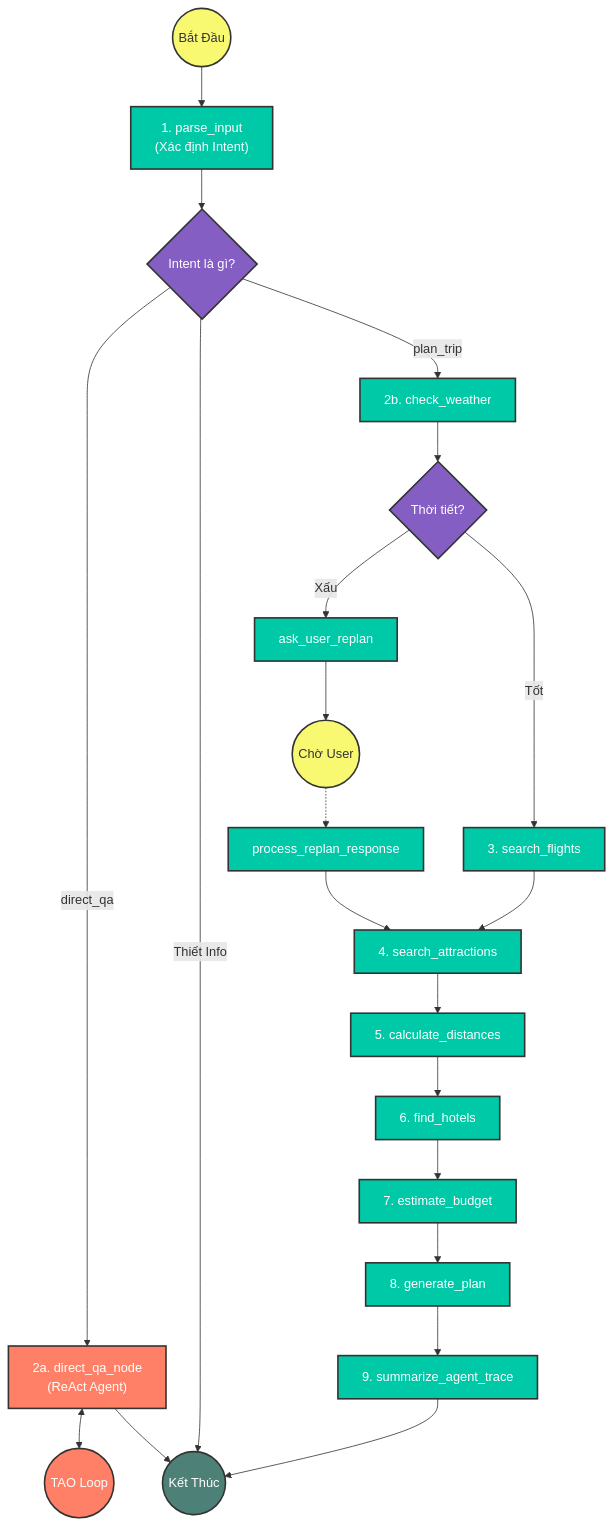
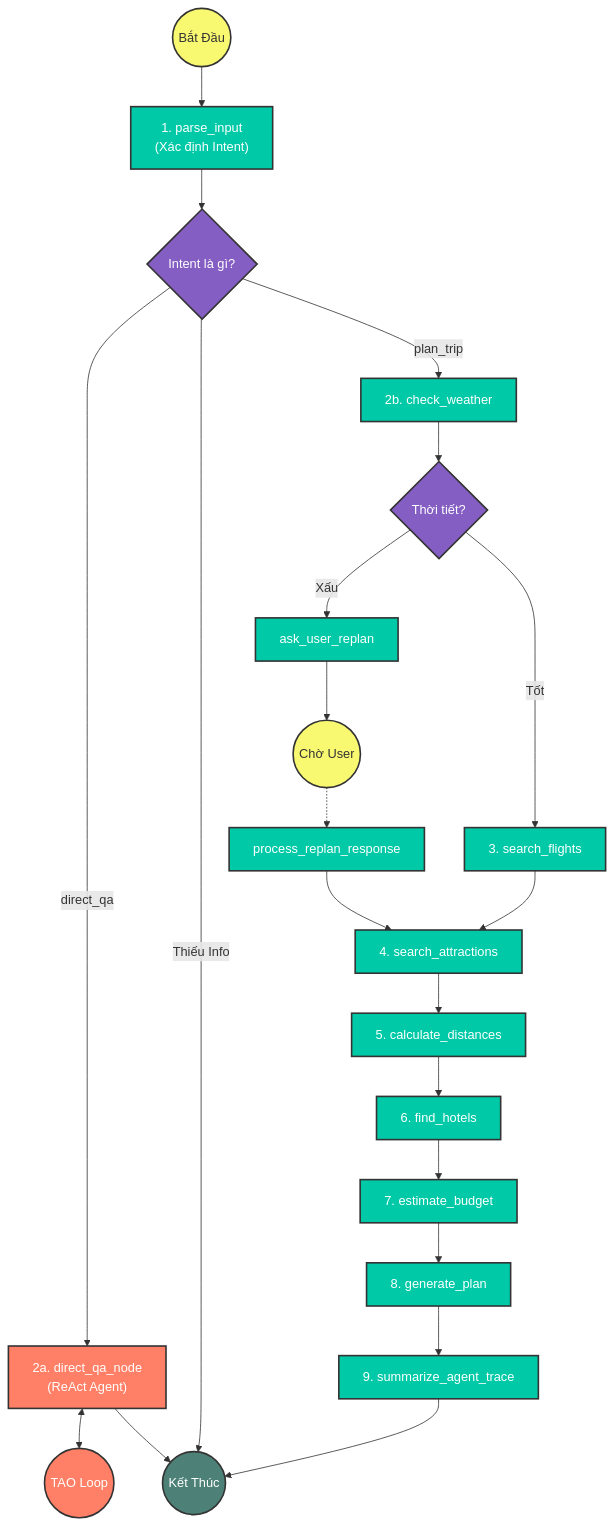
The diagram in report/group_report/GROUP_REPORT.md (edward1503/Day-3-Lab-Chatbot-vs-react-agent), drawn with Mermaid before and after one commit. The commit also changed other lines of this file, not shown here.

````diff
--- a/report/group_report/GROUP_REPORT.md
+++ b/report/group_report/GROUP_REPORT.md
@@ -23,29 +25,29 @@
 ```mermaid
 graph TD
     classDef userNode fill:#f9f871,stroke:#333,stroke-width:2px,color:#333;
     classDef processNode fill:#00c9a7,stroke:#333,stroke-width:2px,color:#fff;
     classDef reactNode fill:#ff8066,stroke:#333,stroke-width:2px,color:#fff;
     classDef endNode fill:#4d8076,stroke:#333,stroke-width:2px,color:#fff;
     classDef conditionNode fill:#845ec2,stroke:#333,stroke-width:2px,color:#fff;
 
     Start(("Bắt Đầu")):::userNode --> ParseInput["1. parse_input<br>(Xác định Intent)"]:::processNode
     ParseInput --> IntentCheck{"Intent là gì?"}:::conditionNode
     
     %% Nhánh 1: Direct QA
     IntentCheck -- "direct_qa" --> DirectQA["2a. direct_qa_node<br>(ReAct Agent)"]:::reactNode
     DirectQA <--> ReActLoop(("TAO Loop")):::reactNode
     DirectQA --> END(("Kết Thúc")):::endNode
     
     %% Nhánh 2: Plan Trip
     IntentCheck -- "plan_trip" --> CheckWeather["2b. check_weather"]:::processNode
-    IntentCheck -- "Thiết Info" --> END
+    IntentCheck -- "Thiếu Info" --> END
     
     CheckWeather --> WeatherCheck{"Thời tiết?"}:::conditionNode
     WeatherCheck -- "Xấu" --> AskReplan["ask_user_replan"]:::processNode
     AskReplan --> WaitUser(("Chờ User")):::userNode -.-> ProcessReplan["process_replan_response"]:::processNode --> SearchAttractions
     
     WeatherCheck -- "Tốt" --> SearchFlights["3. search_flights"]:::processNode --> SearchAttractions["4. search_attractions"]:::processNode
     SearchAttractions --> CalcDistances["5. calculate_distances"]:::processNode --> FindHotels["6. find_hotels"]:::processNode
     FindHotels --> EstBudget["7. estimate_budget"]:::processNode --> GeneratePlan["8. generate_plan"]:::processNode
     GeneratePlan --> SummaryTrace["9. summarize_agent_trace"]:::processNode --> END
 ```
````
